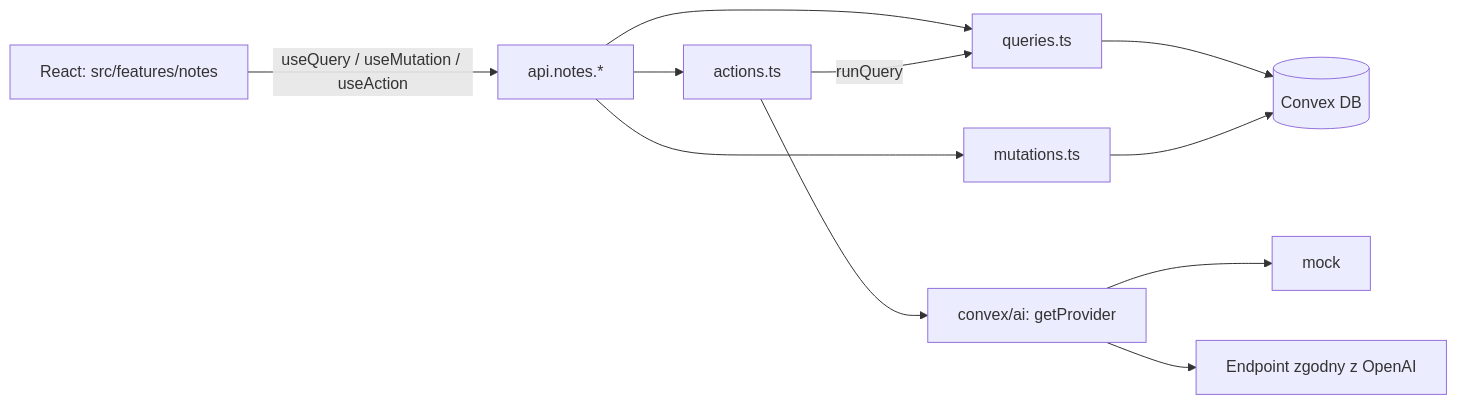
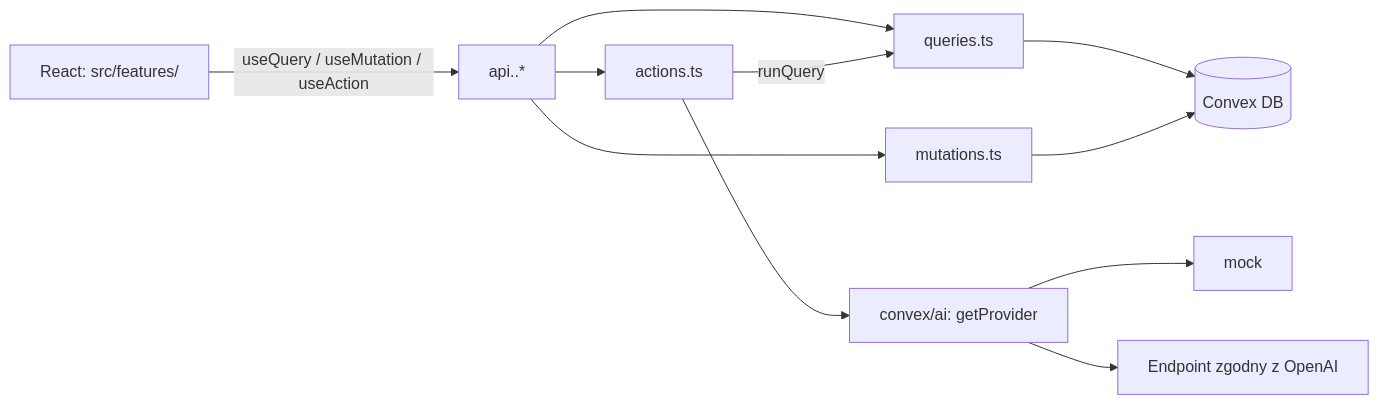
Before and after one commit to mkh63d/kwadratowy-kompas: the diagram in docs/architecture.md, drawn with Mermaid. The commit also changed other lines of this file and 27 other files, not shown here.

````diff
--- a/docs/architecture.md
+++ b/docs/architecture.md
@@ -19,13 +17,13 @@
 ```mermaid
 flowchart LR
-  UI[React: src/features/notes] -->|useQuery / useMutation / useAction| API[api.notes.*]
+  UI[React: src/features/<nazwa>] -->|useQuery / useMutation / useAction| API[api.<nazwa>.*]
   API --> Q[queries.ts]
   API --> M[mutations.ts]
   API --> A[actions.ts]
   Q --> DB[(Convex DB)]
   M --> DB
   A -->|runQuery| Q
   A --> P[convex/ai: getProvider]
   P --> Mock[mock]
   P --> Ext[Endpoint zgodny z OpenAI]
 ```
````
